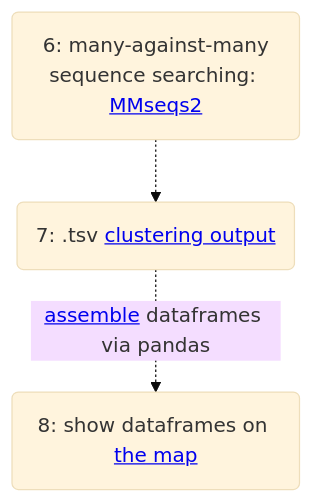
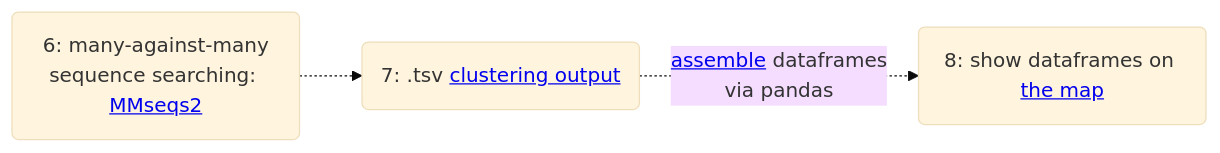
The fifth of 5 diagrams in README.md (engelanna/androgen-receptor-clusters-world-map), drawn with Mermaid (base theme) before and after one commit. The commit also changed other lines of this file, not shown here.

````diff
--- a/README.md
+++ b/README.md
@@ -109,9 +109,9 @@
 ```mermaid
-graph TD
+graph LR
     E(6: many-against-many<br>sequence searching: <a href='https://github.com/soedinglab/MMseqs2'>MMseqs2</a>) -.-> F
 
-    F(7: .tsv <a href='https://github.com/engelanna/androgen-receptor-clusters-world-map/tree/main/assets/tsv/clustering_output'>clustering output</a>) -.-> |<a href='https://github.com/engelanna/androgen-receptor-clusters-world-map/blob/main/scripts/_060_clustering_results_to_map_dataframes.py'>assemble</a> dataframes via pandas| G(.tsv <a href='https://github.com/engelanna/androgen-receptor-clusters-world-map/tree/main/assets/tsv/map_ready_dataframes'>map-ready dataframes</a>)
+    F(7: .tsv <a href='https://github.com/engelanna/androgen-receptor-clusters-world-map/tree/main/assets/tsv/clustering_output'>clustering output</a>) -.-> |<a href='https://github.com/engelanna/androgen-receptor-clusters-world-map/blob/main/scripts/_060_clustering_results_to_map_dataframes.py'>assemble</a> dataframes<br>via pandas| G(.tsv <a href='https://github.com/engelanna/androgen-receptor-clusters-world-map/tree/main/assets/tsv/map_ready_dataframes'>map-ready dataframes</a>)
 
     G(8: show dataframes on <a href='https://engelanna-androgen-receptor-cl-build-streamlit-main-page-bje6e5.streamlitapp.com/'>the map</a>)
 
 ```
````
